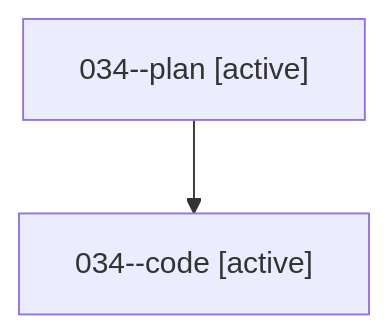
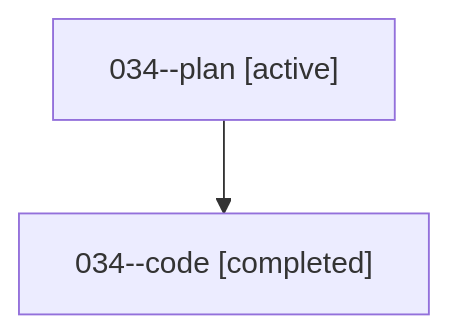
Before and after one commit to sase-org/sase--agents: the diagram in families/bbugyi200.athena.034.md, drawn with Mermaid. The commit also changed other lines of this file and 35830 other files, not shown here.

````diff
--- a/families/bbugyi200.athena.034.md
+++ b/families/bbugyi200.athena.034.md
@@ -9,6 +9,6 @@
 ```mermaid
 flowchart TD
   n0["034--plan [active]"]
-  n1["034--code [active]"]
+  n1["034--code [completed]"]
   n0 --> n1
 ```
````
